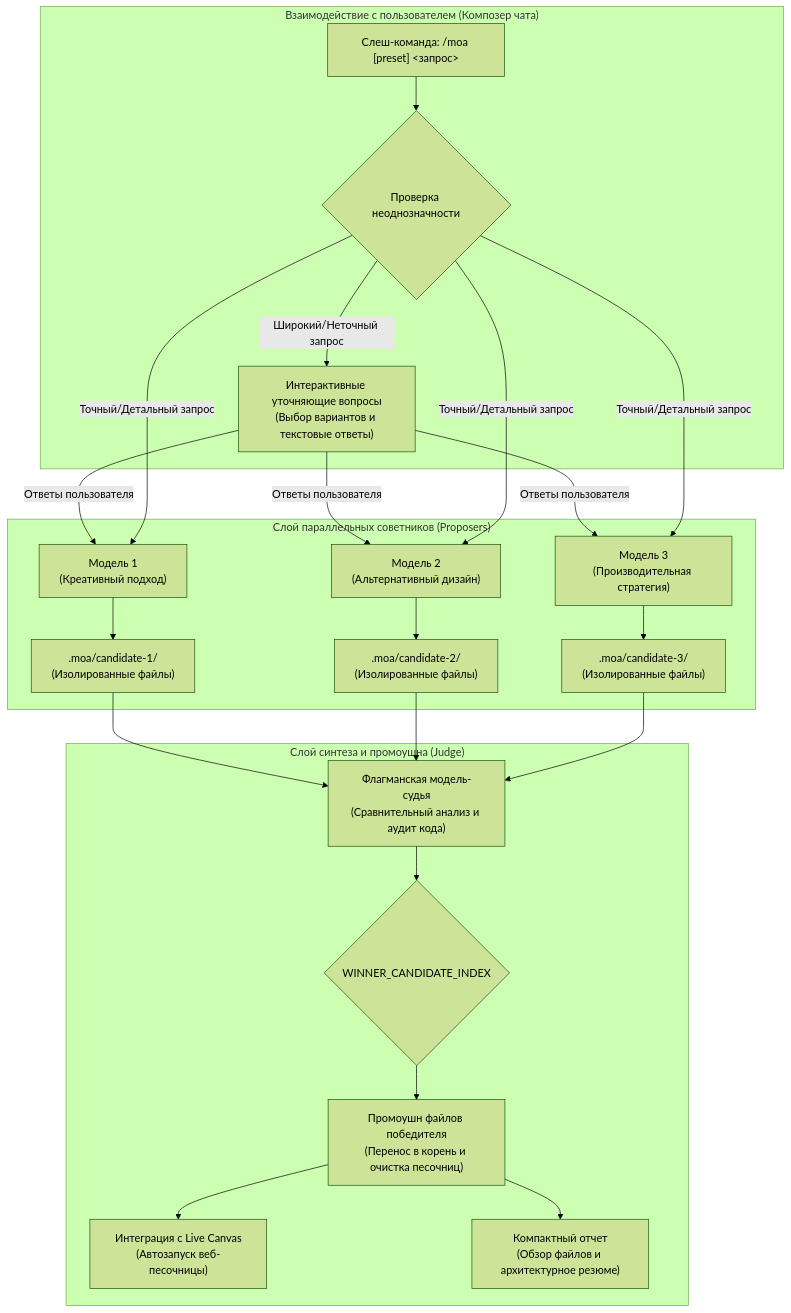
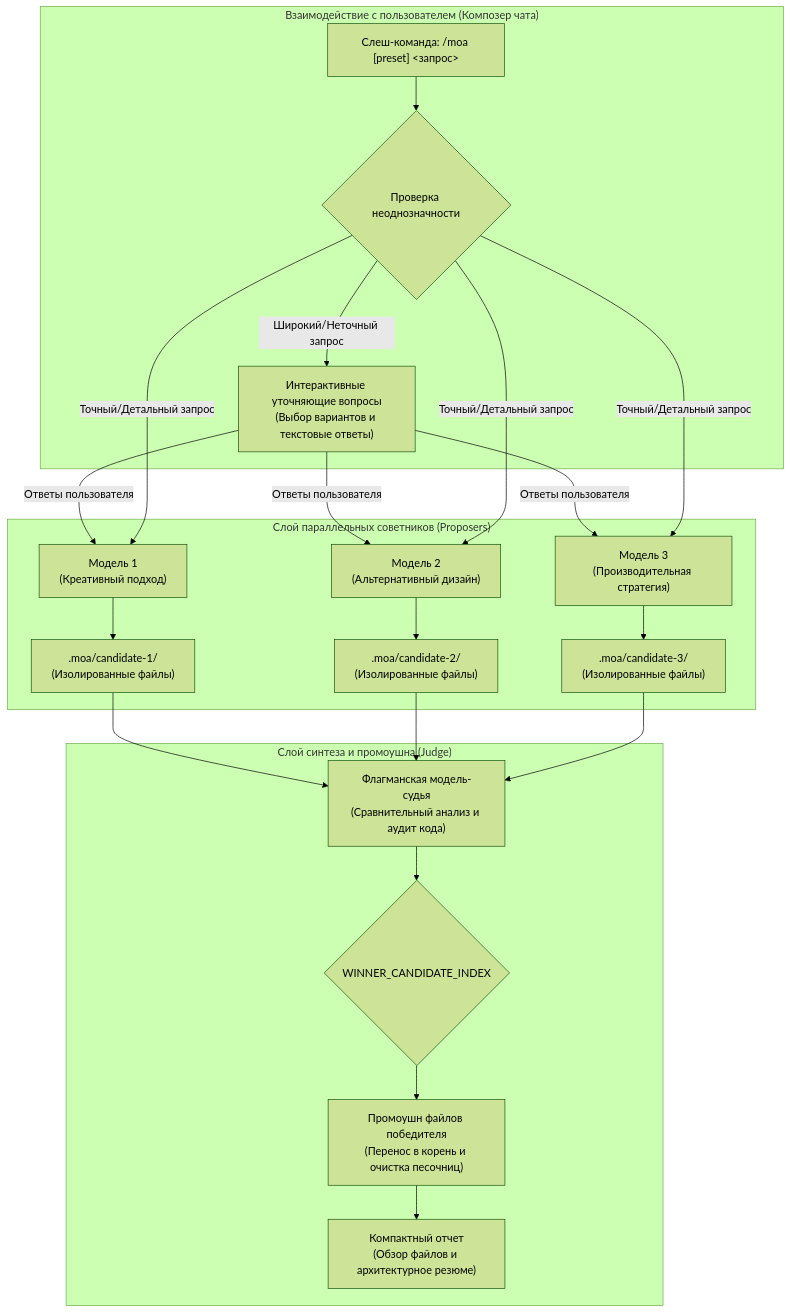
Before and after one commit to GooDAnDReaDY/dsh-moa: the diagram in docs/README.ru.md, drawn with Mermaid (forest theme). The commit also changed other lines of this file and 5 other files, not shown here.

First line of the commit message:
docs: align READMEx3, DESIGN and AGENTS with the actual schema and behavior

````diff
--- a/docs/README.ru.md
+++ b/docs/README.ru.md
@@ -49,38 +48,36 @@
 ```mermaid
 graph TD
     subgraph Input ["Взаимодействие с пользователем (Композер чата)"]
         Cmd["Слеш-команда: /moa [preset] &lt;запрос&gt;"]
         Gate{"Проверка неоднозначности"}
         QModal["Интерактивные уточняющие вопросы<br/>(Выбор вариантов и текстовые ответы)"]
     end
 
     subgraph Proposers ["Слой параллельных советников (Proposers)"]
         P1["Модель 1<br/>(Креативный подход)"]
         P2["Модель 2<br/>(Альтернативный дизайн)"]
         P3["Модель 3<br/>(Производительная стратегия)"]
         WS1[".moa/candidate-1/<br/>(Изолированные файлы)"]
         WS2[".moa/candidate-2/<br/>(Изолированные файлы)"]
         WS3[".moa/candidate-3/<br/>(Изолированные файлы)"]
     end
 
     subgraph Judge ["Слой синтеза и промоушна (Judge)"]
         Aggregator["Флагманская модель-судья<br/>(Сравнительный анализ и аудит кода)"]
         WinnerMarker{"WINNER_CANDIDATE_INDEX"}
         Promote["Промоушн файлов победителя<br/>(Перенос в корень и очистка песочниц)"]
-        LiveCanvas["Интеграция с Live Canvas<br/>(Автозапуск веб-песочницы)"]
         Summary["Компактный отчет<br/>(Обзор файлов и архитектурное резюме)"]
     end
 
     Cmd --> Gate
     Gate -->|Широкий/Неточный запрос| QModal
     QModal -->|Ответы пользователя| P1 & P2 & P3
     Gate -->|Точный/Детальный запрос| P1 & P2 & P3
     P1 --> WS1
     P2 --> WS2
     P3 --> WS3
     WS1 & WS2 & WS3 --> Aggregator
     Aggregator --> WinnerMarker
     WinnerMarker --> Promote
-    Promote --> LiveCanvas
     Promote --> Summary
 ```
````
